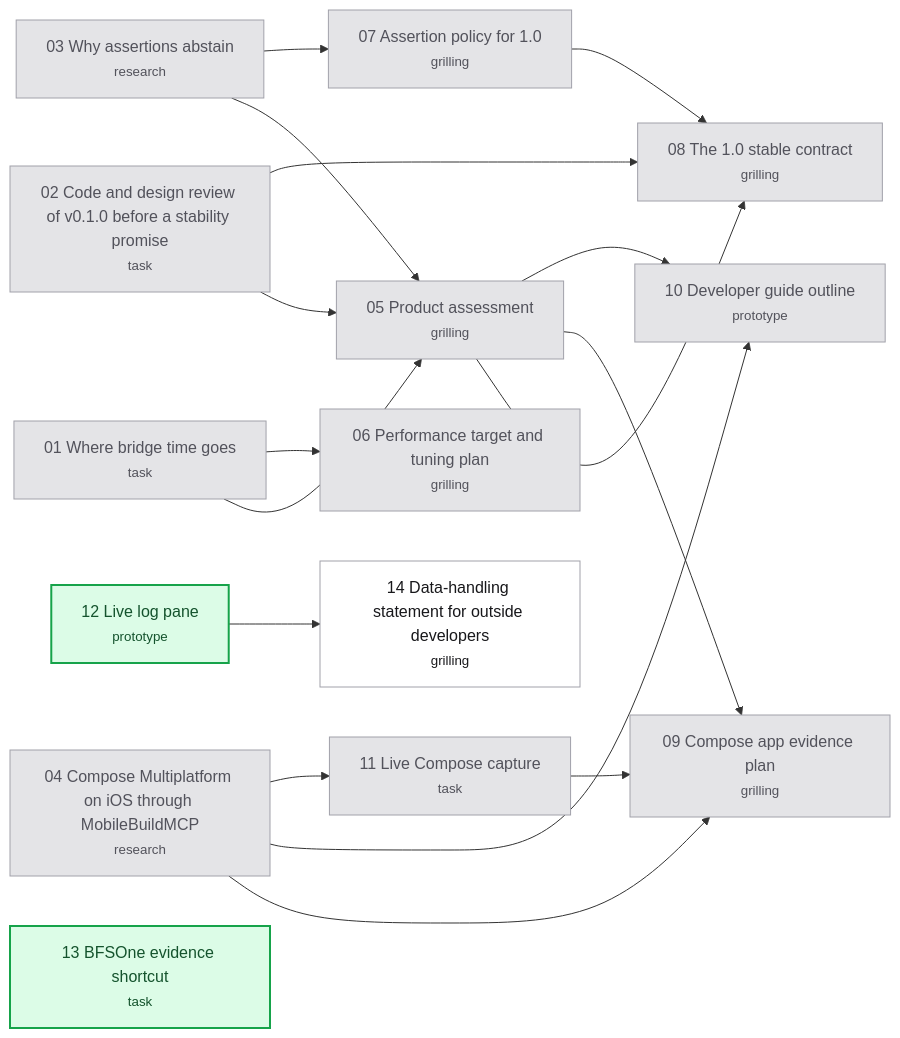
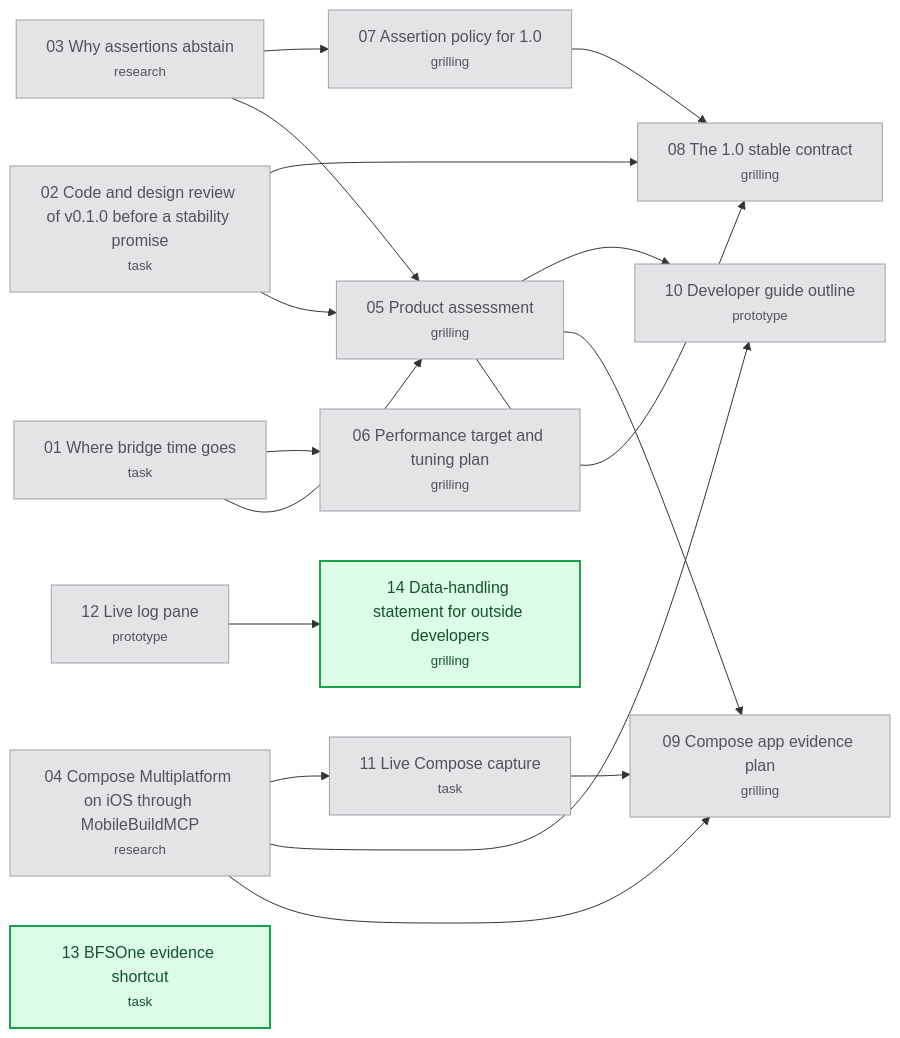
The diagram in .scratch/v1-release/map.md (hugues-vnsgn/jev-ios-bridge), drawn with Mermaid before and after one commit. The commit also changed other lines of this file and 2 other files, not shown here.

Commit message:
docs: settle the live log pane

````diff
--- a/.scratch/v1-release/map.md
+++ b/.scratch/v1-release/map.md
@@ -48,39 +49,38 @@
 ```mermaid
 flowchart LR
     T01["01 Where bridge time goes<br/><small>task</small>"]
     T02["02 Code and design review of v0.1.0 before a stability promise<br/><small>task</small>"]
     T03["03 Why assertions abstain<br/><small>research</small>"]
     T04["04 Compose Multiplatform on iOS through MobileBuildMCP<br/><small>research</small>"]
     T05["05 Product assessment<br/><small>grilling</small>"]
     T06["06 Performance target and tuning plan<br/><small>grilling</small>"]
     T07["07 Assertion policy for 1.0<br/><small>grilling</small>"]
     T08["08 The 1.0 stable contract<br/><small>grilling</small>"]
     T09["09 Compose app evidence plan<br/><small>grilling</small>"]
     T10["10 Developer guide outline<br/><small>prototype</small>"]
     T11["11 Live Compose capture<br/><small>task</small>"]
     T12["12 Live log pane<br/><small>prototype</small>"]
     T13["13 BFSOne evidence shortcut<br/><small>task</small>"]
     T14["14 Data-handling statement for outside developers<br/><small>grilling</small>"]
     T01 --> T05
     T02 --> T05
     T03 --> T05
     T01 --> T06
     T03 --> T07
     T02 --> T08
     T05 --> T08
     T07 --> T08
     T04 --> T09
     T05 --> T09
     T11 --> T09
     T04 --> T10
     T05 --> T10
     T04 --> T11
     T12 --> T14
     classDef resolved fill:#e4e4e7,stroke:#a1a1aa,color:#52525b
     classDef claimed fill:#dbeafe,stroke:#2563eb,color:#1e3a8a
     classDef frontier fill:#dcfce7,stroke:#16a34a,color:#14532d,stroke-width:2px
     classDef blocked fill:#ffffff,stroke:#a1a1aa,color:#18181b
-    class T01,T02,T03,T04,T05,T06,T07,T08,T09,T10,T11 resolved
-    class T12,T13 frontier
-    class T14 blocked
+    class T01,T02,T03,T04,T05,T06,T07,T08,T09,T10,T11,T12 resolved
+    class T13,T14 frontier
 ```
````
